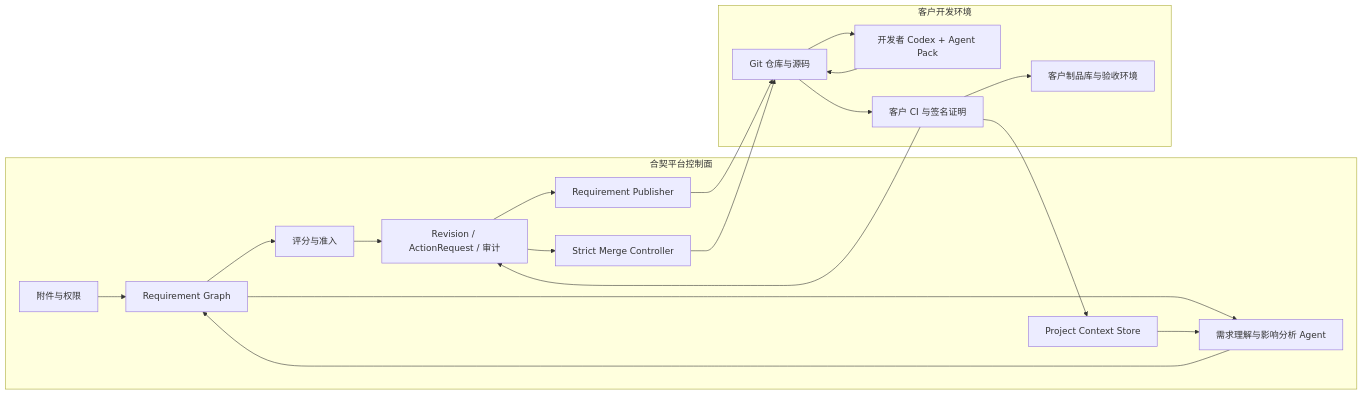
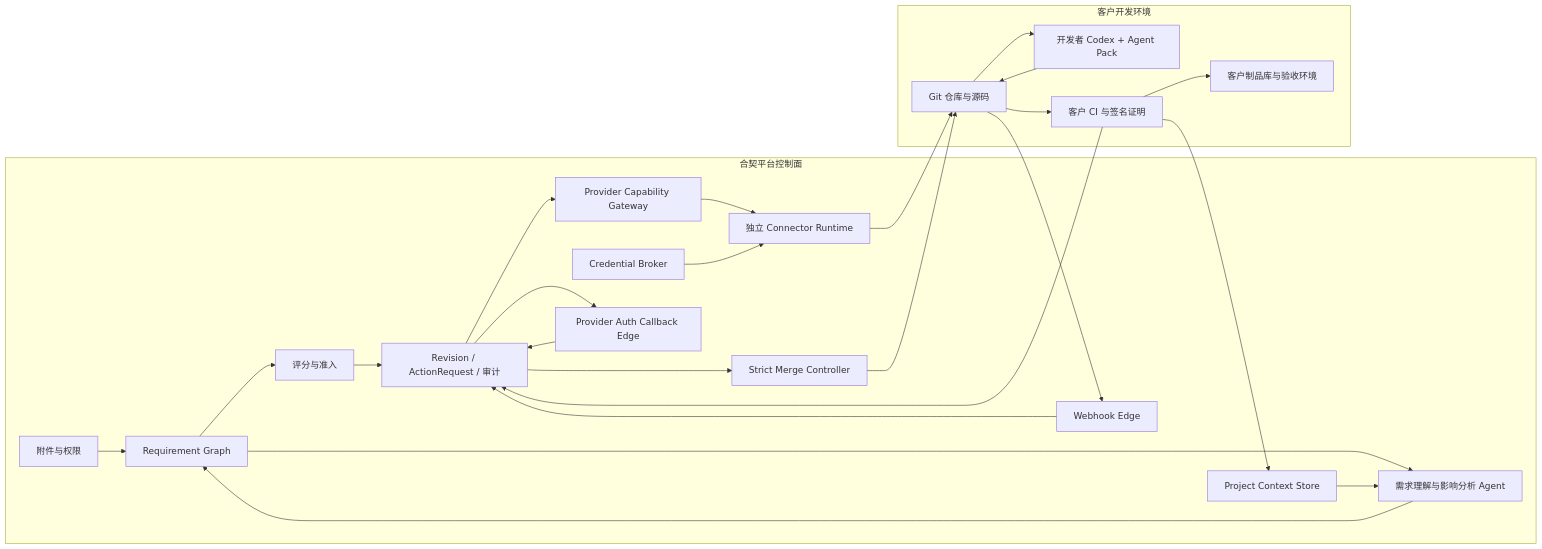
The first of 2 diagrams in requirements-agent-platform-design.md (wzz123123123/InAccord), drawn with Mermaid before and after one commit. The commit also changed other lines of this file and 13 other files, not shown here.

````diff
--- a/requirements-agent-platform-design.md
+++ b/requirements-agent-platform-design.md
@@ -168,37 +172,47 @@
 ```mermaid
 flowchart LR
     subgraph Platform["合契平台控制面"]
         RG["Requirement Graph"]
         PC["Project Context Store"]
         RA["需求理解与影响分析 Agent"]
         AS["评分与准入"]
         WF["Revision / ActionRequest / 审计"]
-        RP["Requirement Publisher"]
+        PG["Provider Capability Gateway"]
+        CR["独立 Connector Runtime"]
+        CB["Credential Broker"]
+        WH["Webhook Edge"]
+        CA["Provider Auth Callback Edge"]
         MC["Strict Merge Controller"]
         AT["附件与权限"]
     end
 
     subgraph Customer["客户开发环境"]
         REPO["Git 仓库与源码"]
         CODEX["开发者 Codex + Agent Pack"]
         CI["客户 CI 与签名证明"]
         AR["客户制品库与验收环境"]
     end
 
     RG --> RA
     PC --> RA
     RA --> RG
     RG --> AS
     AS --> WF
-    WF --> RP
-    RP --> REPO
+    WF --> PG
+    WF --> CA
+    PG --> CR
+    CB --> CR
+    CR --> REPO
+    REPO --> WH
+    WH --> WF
+    CA --> WF
     REPO --> CODEX
     CODEX --> REPO
     REPO --> CI
     CI --> PC
     CI --> WF
     CI --> AR
     WF --> MC
     MC --> REPO
     AT --> RG
 ```
````
